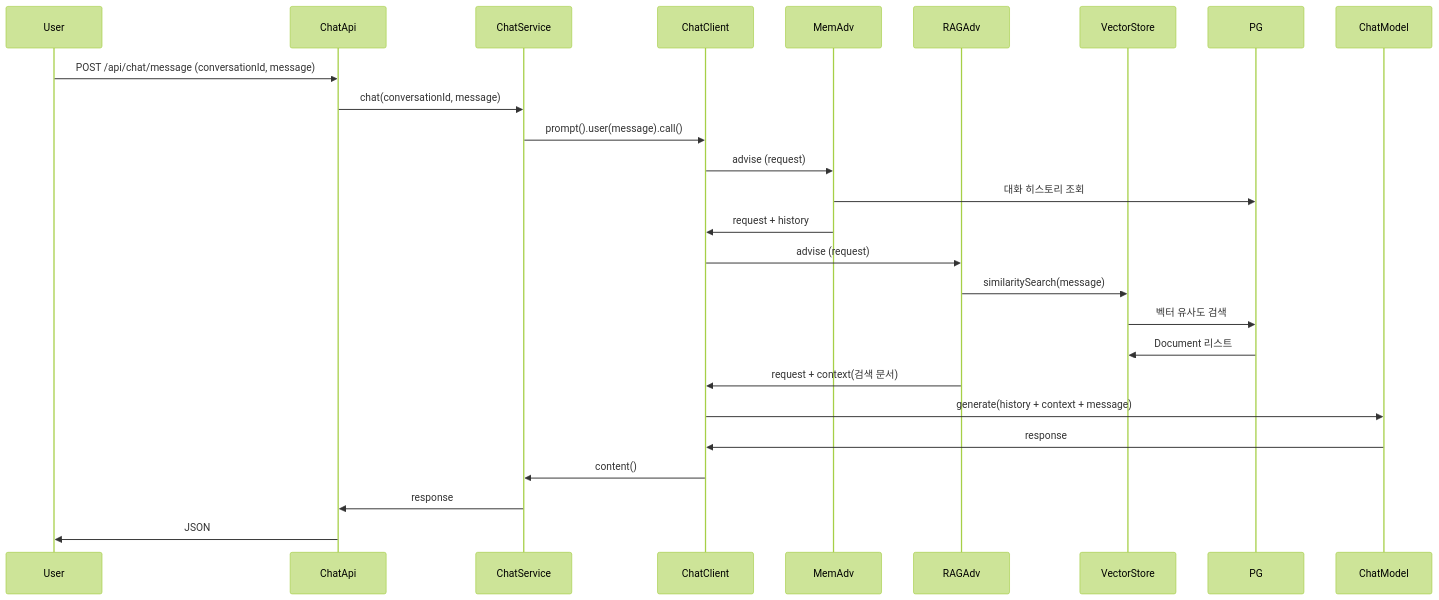
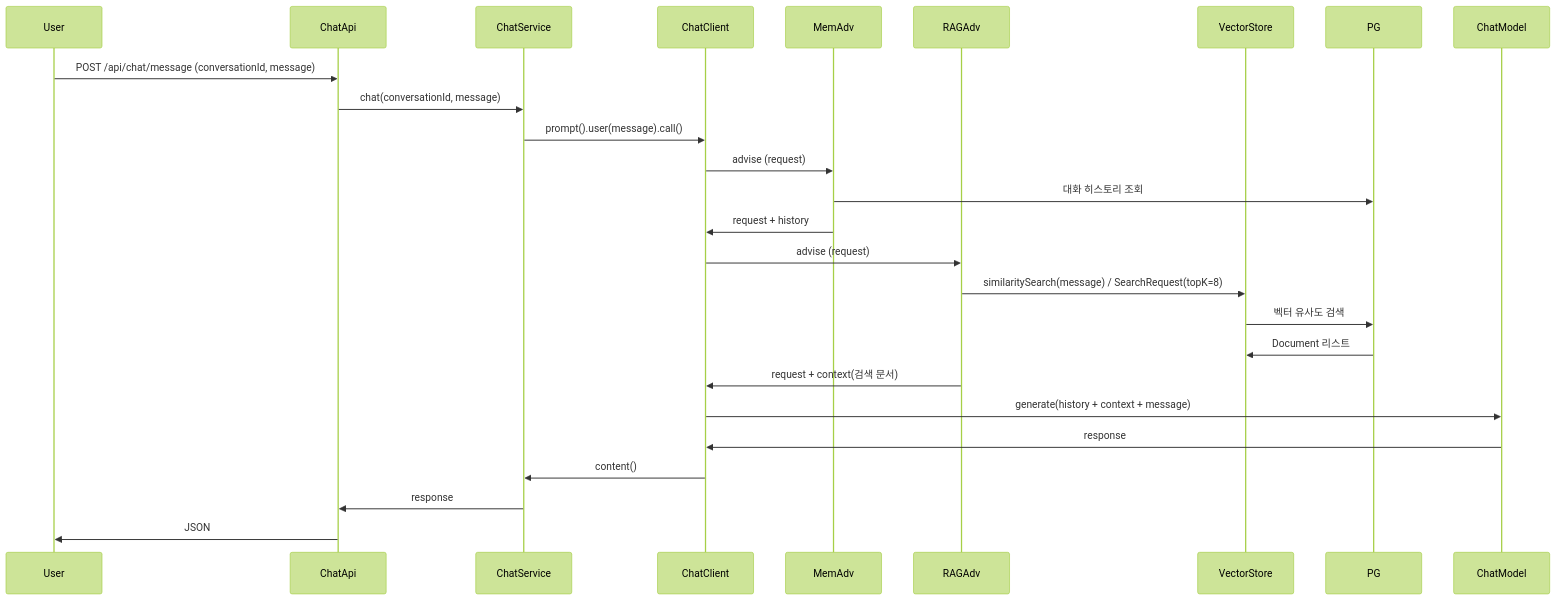
One commit to minkyu307/spring-ai changed the third of 3 diagrams in docs/RAG-PGVECTOR-DESIGN.md. Above: the diagram before and after it, drawn with Mermaid (forest theme). The commit also changed other lines of this file and 13 other files, not shown here.

````diff
--- a/docs/RAG-PGVECTOR-DESIGN.md
+++ b/docs/RAG-PGVECTOR-DESIGN.md
@@ -161,32 +195,32 @@
 ```mermaid
 sequenceDiagram
     participant User
     participant ChatApi
     participant ChatService
     participant ChatClient
     participant MemAdv
     participant RAGAdv
     participant VectorStore
     participant PG
     participant ChatModel
 
     User->>ChatApi: POST /api/chat/message (conversationId, message)
     ChatApi->>ChatService: chat(conversationId, message)
     ChatService->>ChatClient: prompt().user(message).call()
 
     ChatClient->>MemAdv: advise (request)
     MemAdv->>PG: 대화 히스토리 조회
     MemAdv->>ChatClient: request + history
 
     ChatClient->>RAGAdv: advise (request)
-    RAGAdv->>VectorStore: similaritySearch(message)
+    RAGAdv->>VectorStore: similaritySearch(message) / SearchRequest(topK=8)
     VectorStore->>PG: 벡터 유사도 검색
     PG->>VectorStore: Document 리스트
     RAGAdv->>ChatClient: request + context(검색 문서)
 
     ChatClient->>ChatModel: generate(history + context + message)
     ChatModel->>ChatClient: response
     ChatClient->>ChatService: content()
     ChatService->>ChatApi: response
     ChatApi->>User: JSON
 ```
````
